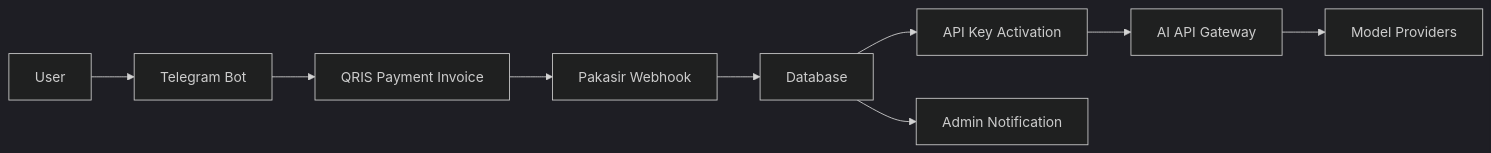
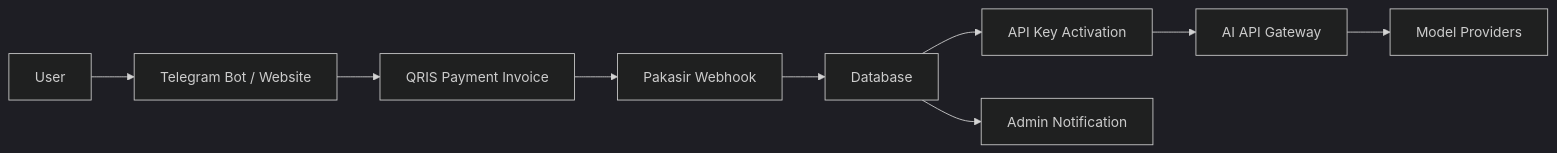
Before and after one commit to weizerouter/weizerouter: the diagram in README.md, drawn with Mermaid (dark theme). The commit also changed other lines of this file and 10 other files, not shown here.

````diff
--- a/README.md
+++ b/README.md
@@ -87,11 +224,11 @@
 ```mermaid
 flowchart LR
-    A[User] --> B[Telegram Bot]
+    A[User] --> B[Telegram Bot / Website]
     B --> C[QRIS Payment Invoice]
     C --> D[Pakasir Webhook]
     D --> E[Database]
     E --> F[API Key Activation]
     F --> G[AI API Gateway]
     G --> H[Model Providers]
     E --> I[Admin Notification]
 ```
````
